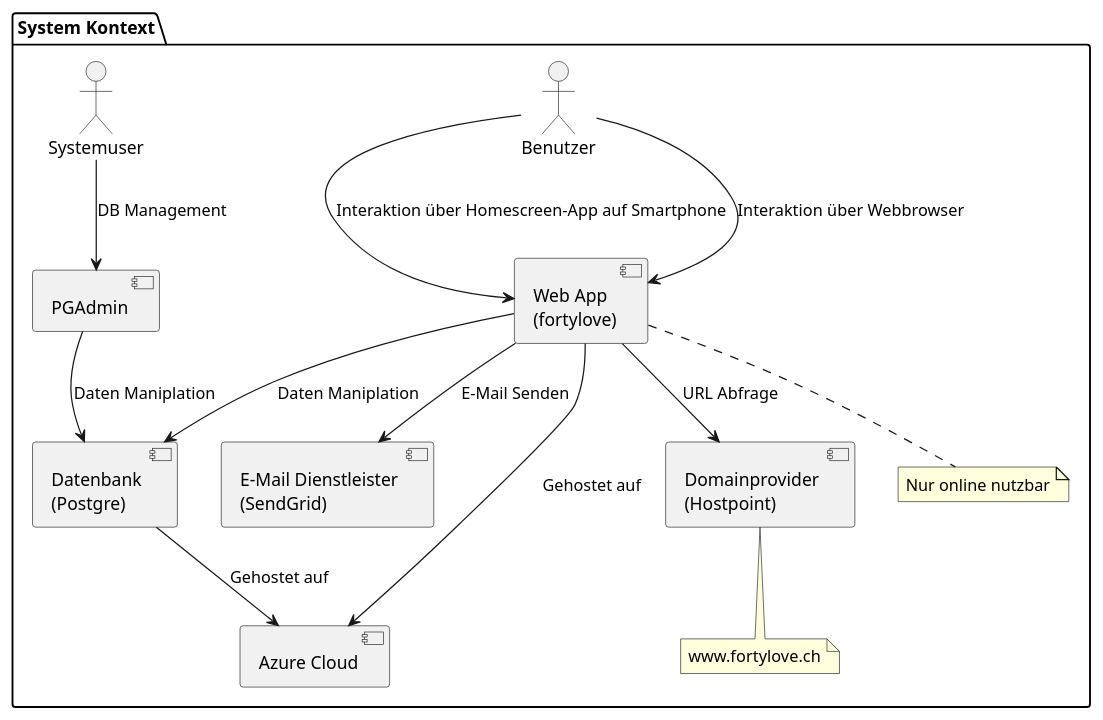
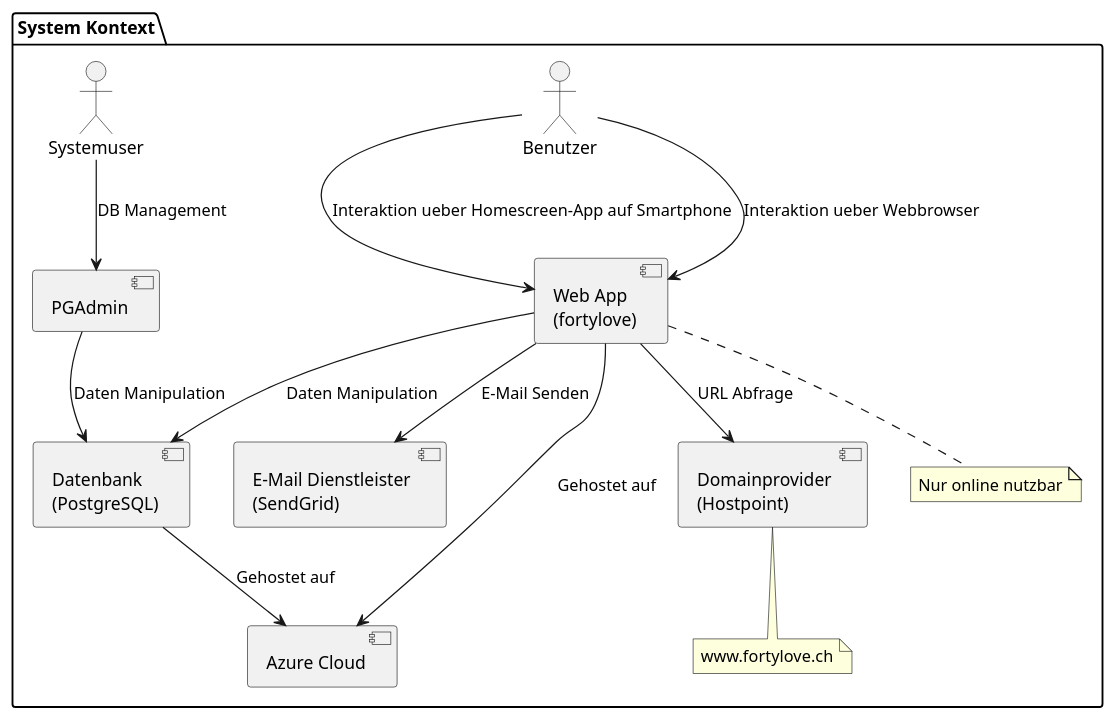
The diagram in documents/design/systemcontext/systemcontext.puml (incrediblybadcoder/fortylove), drawn with PlantUML before and after one commit.

Commit message:
#249 - Umlaute fix

```diff
--- a/documents/design/systemcontext/systemcontext.puml
+++ b/documents/design/systemcontext/systemcontext.puml
@@ -1,29 +1,29 @@
 @startuml
 package "System Kontext" {
 
     [Web App \n(fortylove)] as App
-    [Datenbank \n(Postgre)] as DB
+    [Datenbank \n(PostgreSQL)] as DB
     [E-Mail Dienstleister \n(SendGrid)] as Email
     [Azure Cloud] as Azure
     [Domainprovider \n(Hostpoint)] as URL
     note bottom of URL: www.fortylove.ch
     [PGAdmin] as PGAdminTool
 
-    App --> DB: Daten Maniplation
+    App --> DB: Daten Manipulation
     App --> Email: E-Mail Senden
     App --> URL: URL Abfrage
-    PGAdminTool --> DB: Daten Maniplation
+    PGAdminTool --> DB: Daten Manipulation
 
     App -down-> Azure: Gehostet auf
     DB -down-> Azure: Gehostet auf
 
     note bottom of App: Nur online nutzbar
 
     :Benutzer: as User
-    User --> App: Interaktion über Homescreen-App auf Smartphone
-    User --> App: Interaktion über Webbrowser
+    User --> App: Interaktion ueber Homescreen-App auf Smartphone
+    User --> App: Interaktion ueber Webbrowser
 
     :Systemuser: as SystemUser
     SystemUser --> PGAdminTool: DB Management
 }
 @enduml
```
